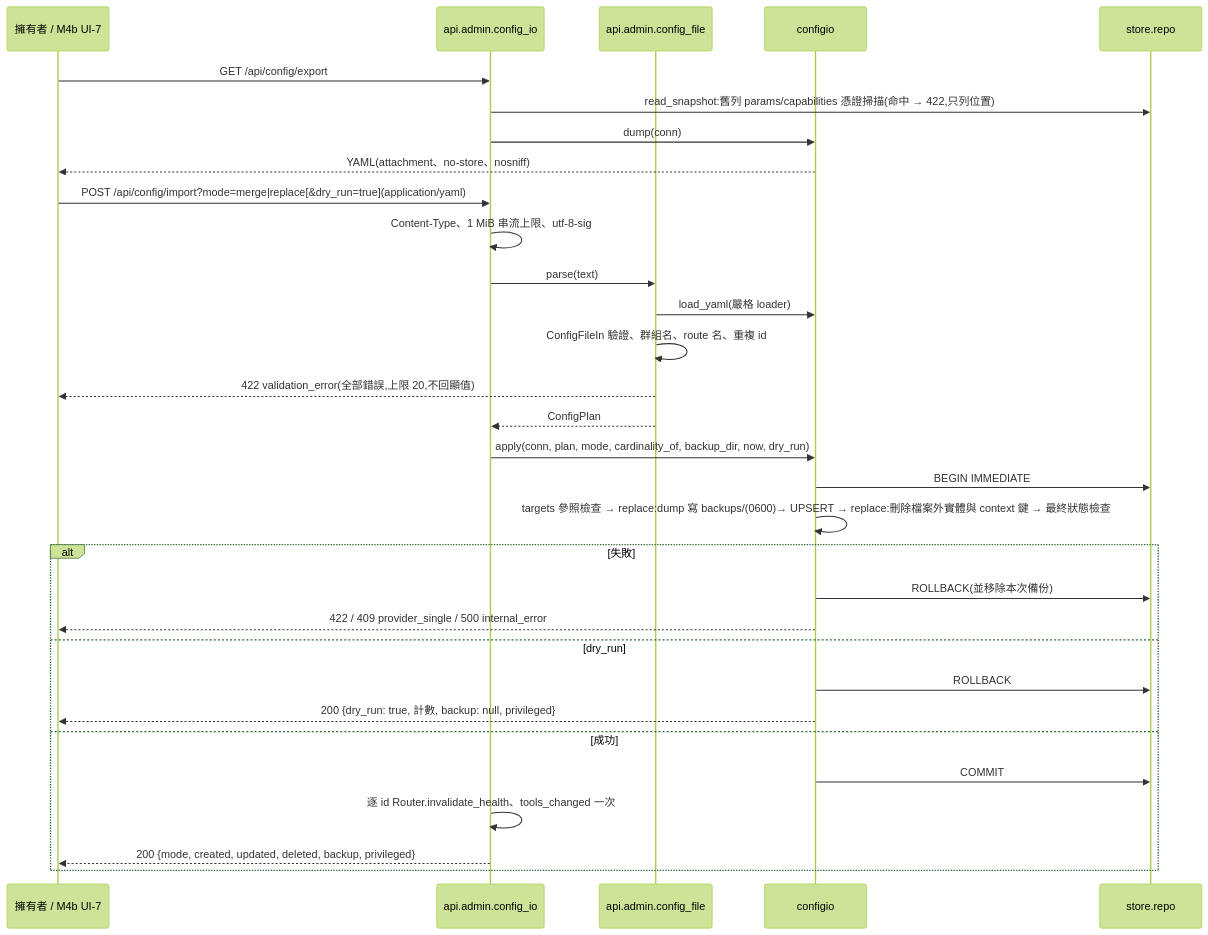
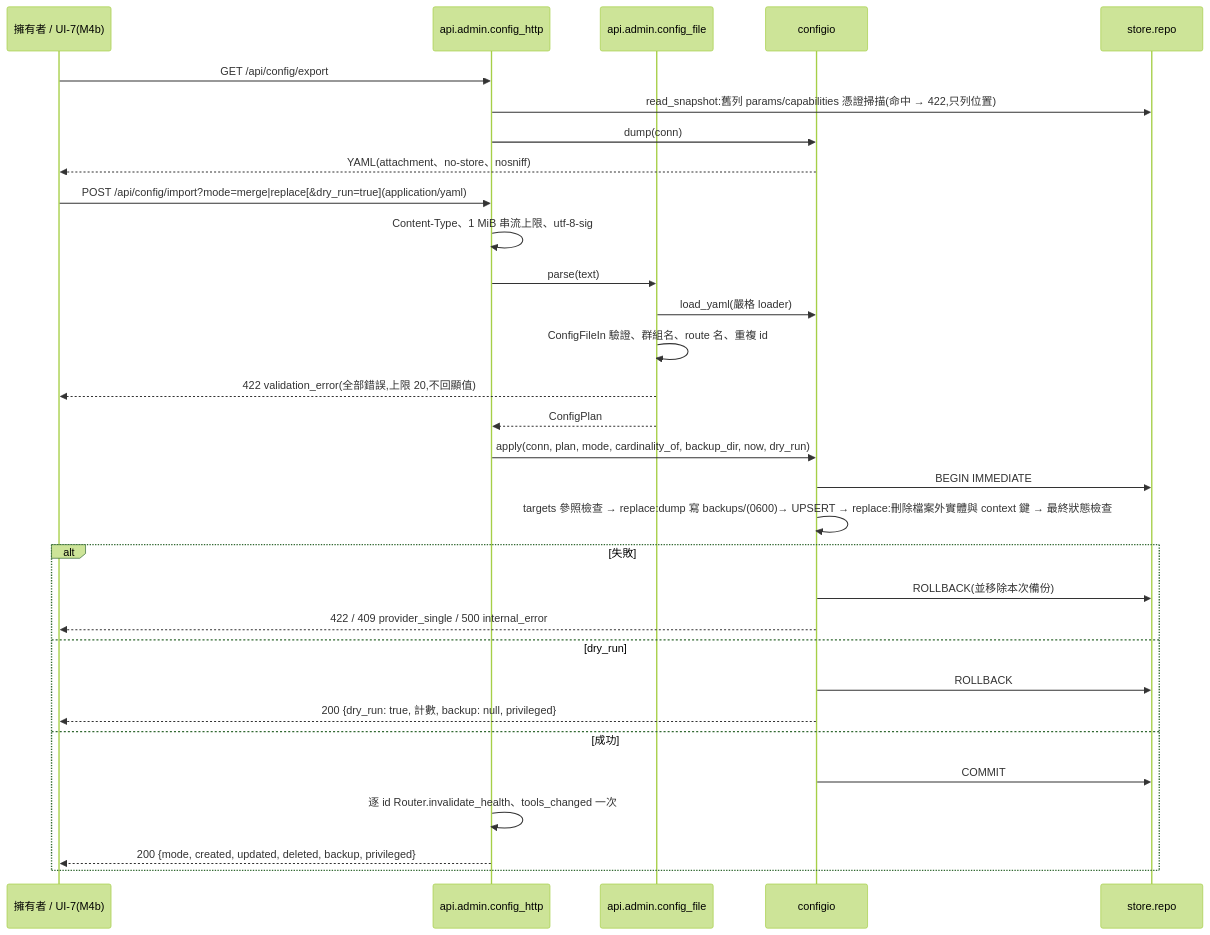
The seventh of 11 diagrams in sdlc_docs/structure/logical.md (kamira/spillway), drawn with Mermaid (forest theme) before and after one commit. The commit also changed other lines of this file and 8 other files, not shown here.

````diff
--- a/sdlc_docs/structure/logical.md
+++ b/sdlc_docs/structure/logical.md
@@ -228,33 +232,33 @@
 ```mermaid
 sequenceDiagram
-  participant U as 擁有者 / M4b UI-7
-  participant IO as api.admin.config_io
+  participant U as 擁有者 / UI-7(M4b)
+  participant IO as api.admin.config_http
   participant F as api.admin.config_file
   participant C as configio
   participant S as store.repo
   U->>IO: GET /api/config/export
   IO->>S: read_snapshot:舊列 params/capabilities 憑證掃描(命中 → 422,只列位置)
   IO->>C: dump(conn)
   C-->>U: YAML(attachment、no-store、nosniff)
   U->>IO: POST /api/config/import?mode=merge|replace[&dry_run=true](application/yaml)
   IO->>IO: Content-Type、1 MiB 串流上限、utf-8-sig
   IO->>F: parse(text)
   F->>C: load_yaml(嚴格 loader)
   F->>F: ConfigFileIn 驗證、群組名、route 名、重複 id
   F-->>U: 422 validation_error(全部錯誤,上限 20,不回顯值)
   F-->>IO: ConfigPlan
   IO->>C: apply(conn, plan, mode, cardinality_of, backup_dir, now, dry_run)
   C->>S: BEGIN IMMEDIATE
   C->>C: targets 參照檢查 → replace:dump 寫 backups/(0600)→ UPSERT → replace:刪除檔案外實體與 context 鍵 → 最終狀態檢查
   alt 失敗
     C->>S: ROLLBACK(並移除本次備份)
     C-->>U: 422 / 409 provider_single / 500 internal_error
   else dry_run
     C->>S: ROLLBACK
     C-->>U: 200 {dry_run: true, 計數, backup: null, privileged}
   else 成功
     C->>S: COMMIT
     IO->>IO: 逐 id Router.invalidate_health、tools_changed 一次
     IO-->>U: 200 {mode, created, updated, deleted, backup, privileged}
   end
 ```
````
